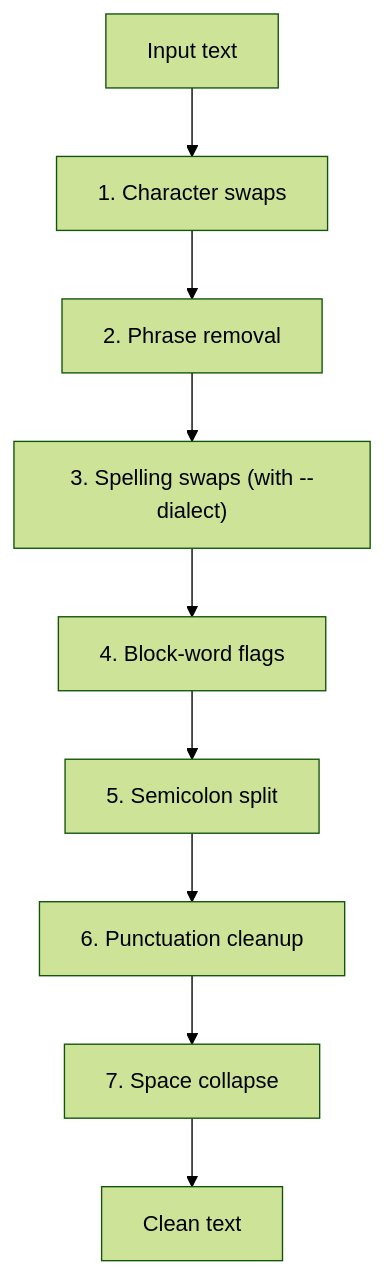
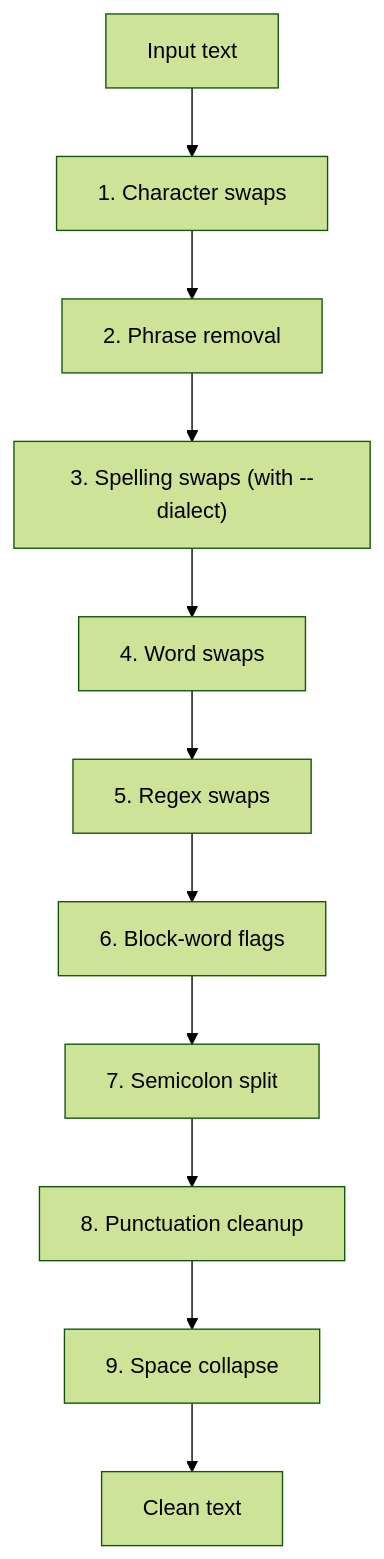
One commit to dcadolph/slop-chop changed the second of 2 diagrams in ENGINE.md. Above: the diagram before and after it, drawn with Mermaid (forest theme). The commit also changed other lines of this file and 23 other files, not shown here.

First line of the commit message:
Add word and regex swaps, presets, an allow list, and ignore directives (#16)

````diff
--- a/ENGINE.md
+++ b/ENGINE.md
@@ -34,11 +34,13 @@
 ```mermaid
 flowchart TD
     A["Input text"] --> B["1. Character swaps"]
     B --> C["2. Phrase removal"]
     C --> S["3. Spelling swaps (with --dialect)"]
-    S --> D["4. Block-word flags"]
-    D --> E["5. Semicolon split"]
-    E --> F["6. Punctuation cleanup"]
-    F --> G["7. Space collapse"]
+    S --> W["4. Word swaps"]
+    W --> X["5. Regex swaps"]
+    X --> D["6. Block-word flags"]
+    D --> E["7. Semicolon split"]
+    E --> F["8. Punctuation cleanup"]
+    F --> G["9. Space collapse"]
     G --> H["Clean text"]
 ```
````
